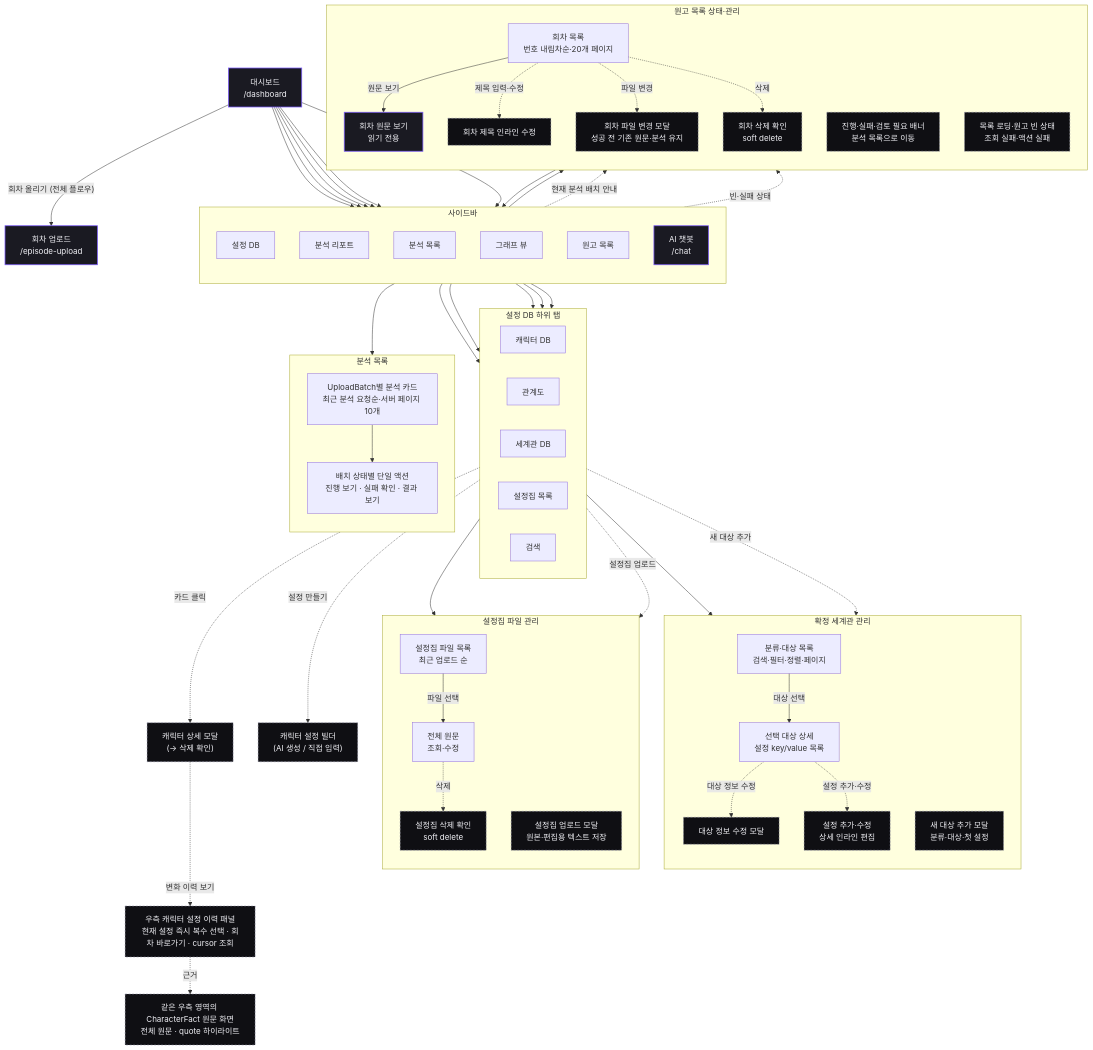
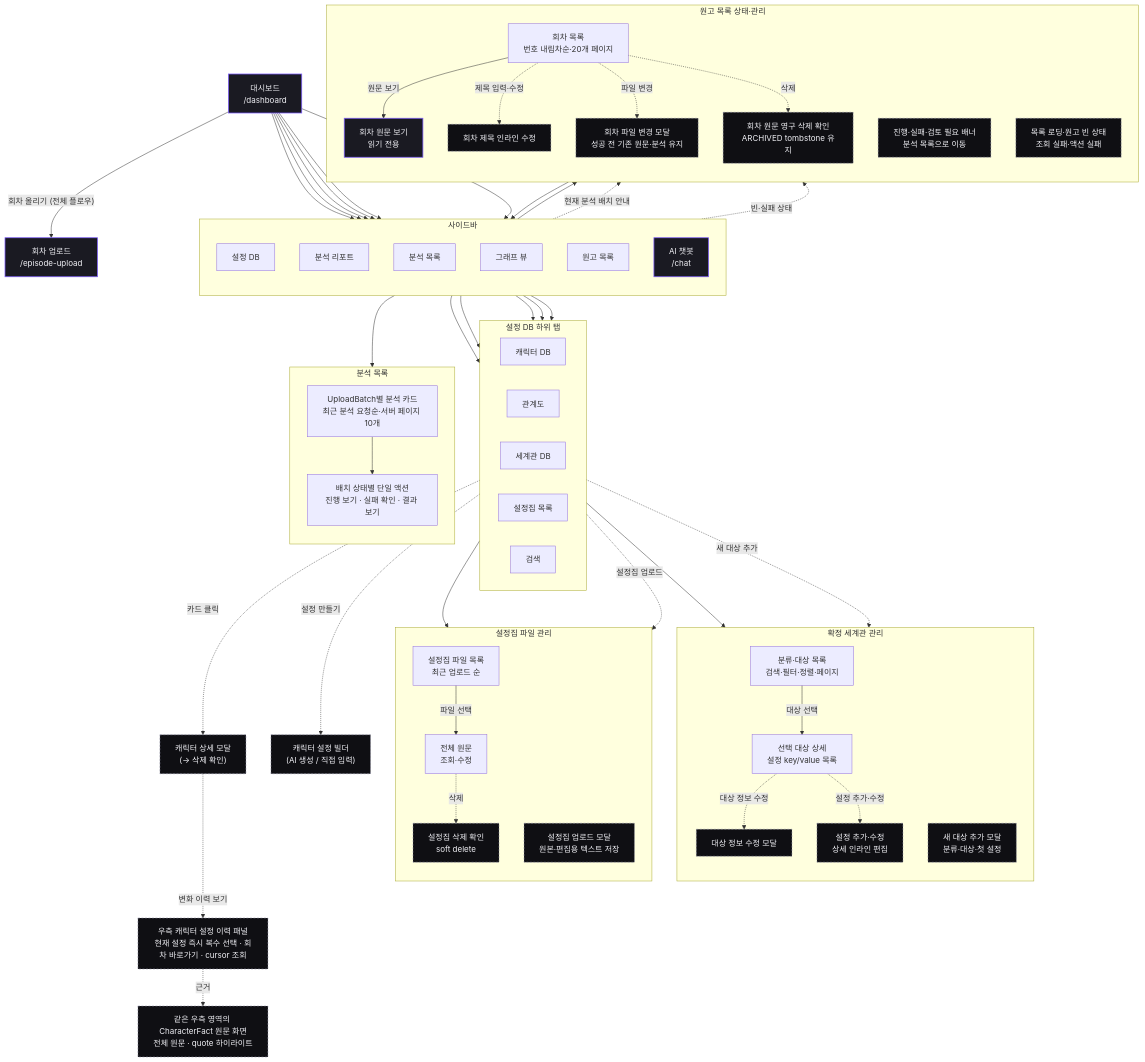
The sixth of 8 diagrams in docs/screen-flow.md (catchhole-soma/catchhole-front), drawn with Mermaid before and after one commit. The commit also changed other lines of this file and 34 other files, not shown here.

```diff
--- a/docs/screen-flow.md
+++ b/docs/screen-flow.md
@@ -359,7 +359,7 @@
     source_viewer["회차 원문 보기<br/>읽기 전용"]:::private
     title_edit["회차 제목 인라인 수정"]:::modal
     file_replace["회차 파일 변경 모달<br/>성공 전 기존 원문·분석 유지"]:::modal
-    delete_confirm["회차 삭제 확인<br/>soft delete"]:::modal
+    delete_confirm["회차 원문 영구 삭제 확인<br/>ARCHIVED tombstone 유지"]:::modal
   end
 
   nav_manuscripts --> episode_list
```
